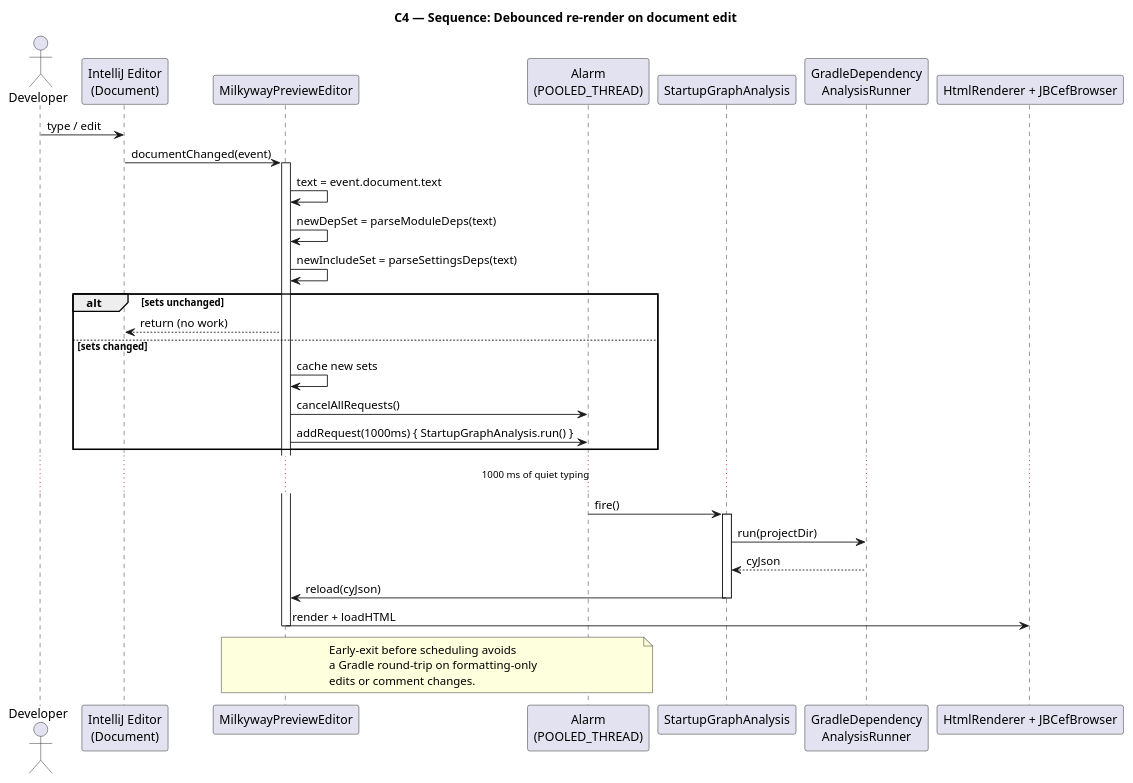
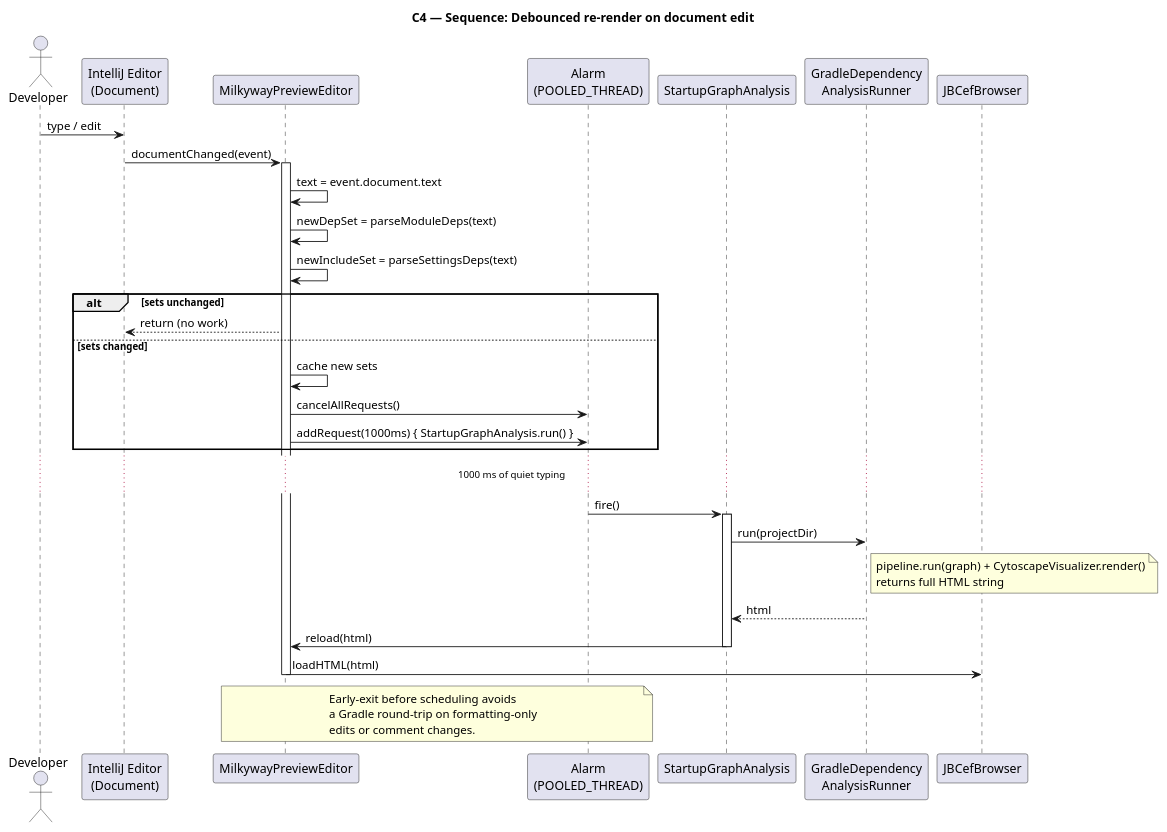
One commit to k-konovalov/milkyway-idea-plugin changed the diagram in docs/architecture/c4-sequence-edit-debounce.puml. Above: the diagram before and after it, drawn with PlantUML. The commit also changed 67 other files, not shown here.

```diff
--- a/docs/architecture/c4-sequence-edit-debounce.puml
+++ b/docs/architecture/c4-sequence-edit-debounce.puml
@@ -1,45 +1,49 @@
 @startuml c4-sequence-edit-debounce
 title C4 — Sequence: Debounced re-render on document edit
 
 actor Developer as dev
 participant "IntelliJ Editor\n(Document)" as doc
 participant "MilkywayPreviewEditor" as preview
 participant "Alarm\n(POOLED_THREAD)" as alarm
 participant "StartupGraphAnalysis" as startup
 participant "GradleDependency\nAnalysisRunner" as runner
-participant "HtmlRenderer + JBCefBrowser" as ui
+participant "JBCefBrowser" as ui
 
 dev -> doc : type / edit
 doc -> preview : documentChanged(event)
 activate preview
 preview -> preview : text = event.document.text
 preview -> preview : newDepSet = parseModuleDeps(text)
 preview -> preview : newIncludeSet = parseSettingsDeps(text)
 
 alt sets unchanged
     preview --> doc : return (no work)
 else sets changed
     preview -> preview : cache new sets
     preview -> alarm : cancelAllRequests()
     preview -> alarm : addRequest(1000ms) { StartupGraphAnalysis.run() }
 end
 
 ...1000 ms of quiet typing...
 
 alarm -> startup : fire()
 activate startup
 startup -> runner : run(projectDir)
-runner --> startup : cyJson
-startup -> preview : reload(cyJson)
+note right of runner
+  pipeline.run(graph) + CytoscapeVisualizer.render()
+  returns full HTML string
+end note
+runner --> startup : html
+startup -> preview : reload(html)
 deactivate startup
 
-preview -> ui : render + loadHTML
+preview -> ui : loadHTML(html)
 deactivate preview
 
 note over preview,alarm
   Early-exit before scheduling avoids
   a Gradle round-trip on formatting-only
   edits or comment changes.
 end note
 
 @enduml
```
